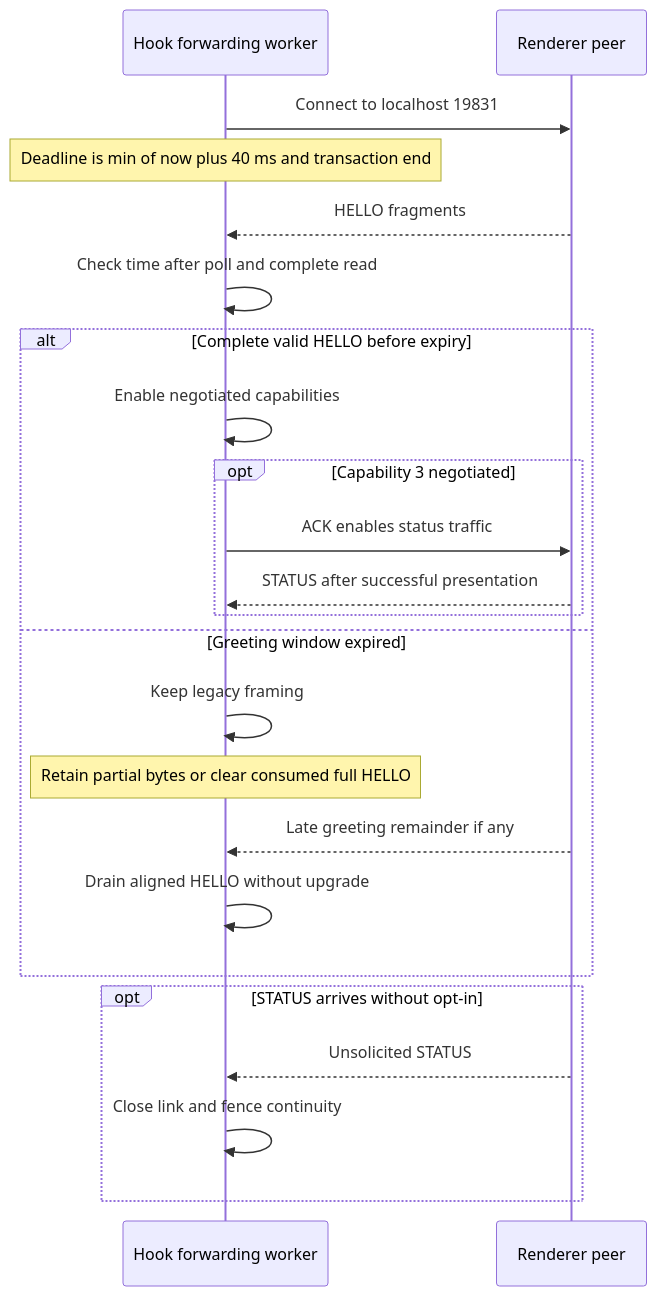
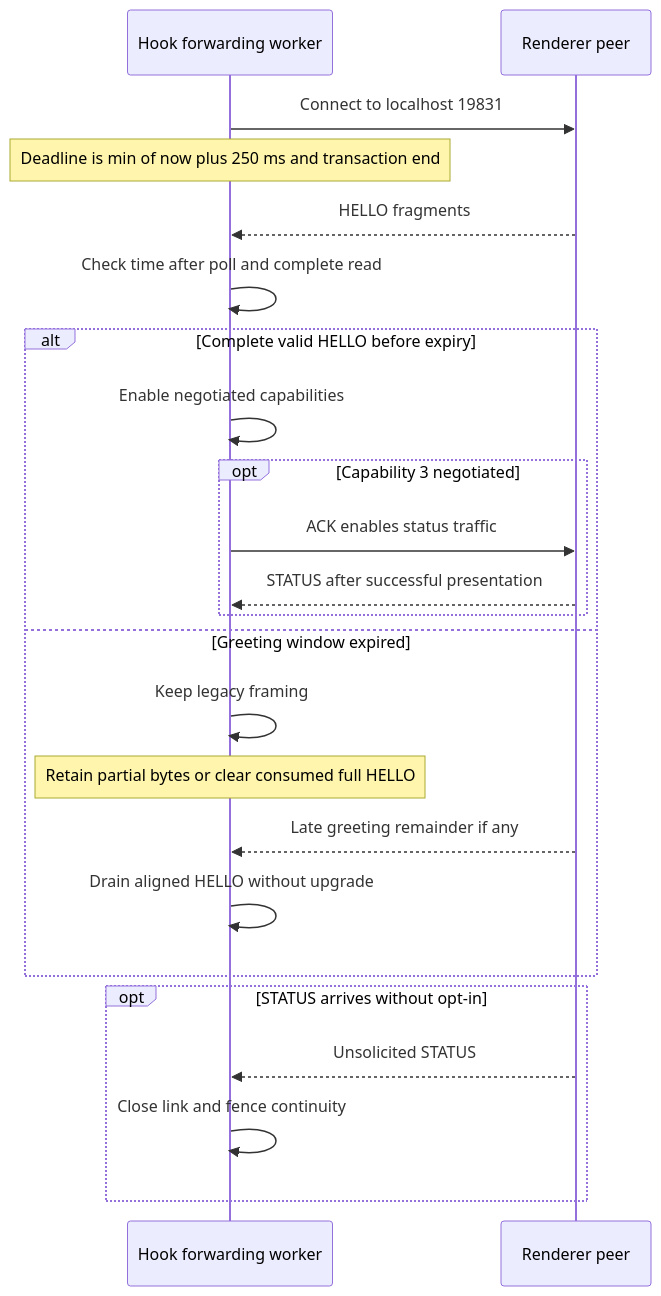
Before and after one commit to luka-dev/mib2q-carplay-rgi: the third of 4 diagrams in docs/altscreen-and-video/ALTSCREEN_PACING_VALIDATION.md, drawn with Mermaid. The commit also changed other lines of this file and 13 other files, not shown here.

````diff
--- a/docs/altscreen-and-video/ALTSCREEN_PACING_VALIDATION.md
+++ b/docs/altscreen-and-video/ALTSCREEN_PACING_VALIDATION.md
@@ -209,29 +222,29 @@
 ```mermaid
 sequenceDiagram
     accTitle: Greeting deadline and status opt-in
     accDescr: Fragmented HELLO enables metadata and status only when complete within the greeting window. Timeout retains legacy framing and aligned control bytes; unsolicited status cannot restore health.
 
     participant forward_worker as Hook forwarding worker
     participant render_peer as Renderer peer
 
     forward_worker->>render_peer: Connect to localhost 19831
-    Note over forward_worker: Deadline is min of now plus 40 ms and transaction end
+    Note over forward_worker: Deadline is min of now plus 250 ms and transaction end
     render_peer-->>forward_worker: HELLO fragments
     forward_worker->>forward_worker: Check time after poll and complete read
     alt Complete valid HELLO before expiry
         forward_worker->>forward_worker: Enable negotiated capabilities
         opt Capability 3 negotiated
             forward_worker->>render_peer: ACK enables status traffic
             render_peer-->>forward_worker: STATUS after successful presentation
         end
     else Greeting window expired
         forward_worker->>forward_worker: Keep legacy framing
         Note over forward_worker: Retain partial bytes or clear consumed full HELLO
         render_peer-->>forward_worker: Late greeting remainder if any
         forward_worker->>forward_worker: Drain aligned HELLO without upgrade
     end
     opt STATUS arrives without opt-in
         render_peer-->>forward_worker: Unsolicited STATUS
         forward_worker->>forward_worker: Close link and fence continuity
     end
 ```
````
